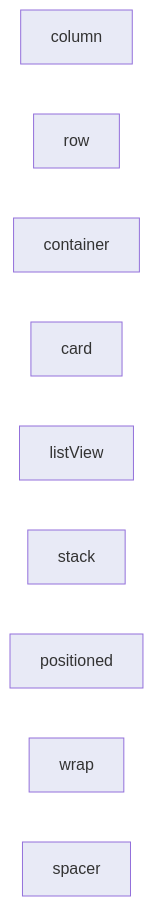
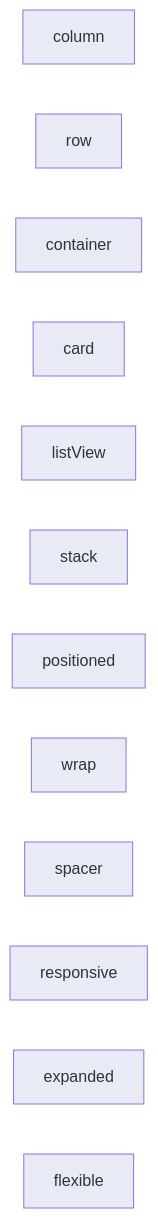
The second of 4 diagrams in docs/ARCHITECTURE.md (worthwhile-booleanalgebra471/flutter-server-driven-ui), drawn with Mermaid before and after one commit. The commit also changed other lines of this file and 3 other files, not shown here.

````diff
--- a/docs/ARCHITECTURE.md
+++ b/docs/ARCHITECTURE.md
@@ -129,21 +129,27 @@
 ```mermaid
 graph LR
   column["column"]
   row["row"]
   container["container"]
   card["card"]
   listView["listView"]
   stack["stack"]
   positioned["positioned"]
   wrap["wrap"]
   spacer["spacer"]
+  responsive["responsive"]
+  expanded["expanded"]
+  flexible["flexible"]
   style column fill:#E8EAF6
   style row fill:#E8EAF6
   style container fill:#E8EAF6
   style card fill:#E8EAF6
   style listView fill:#E8EAF6
   style stack fill:#E8EAF6
   style positioned fill:#E8EAF6
   style wrap fill:#E8EAF6
   style spacer fill:#E8EAF6
+  style responsive fill:#E8EAF6
+  style expanded fill:#E8EAF6
+  style flexible fill:#E8EAF6
 ```
````
